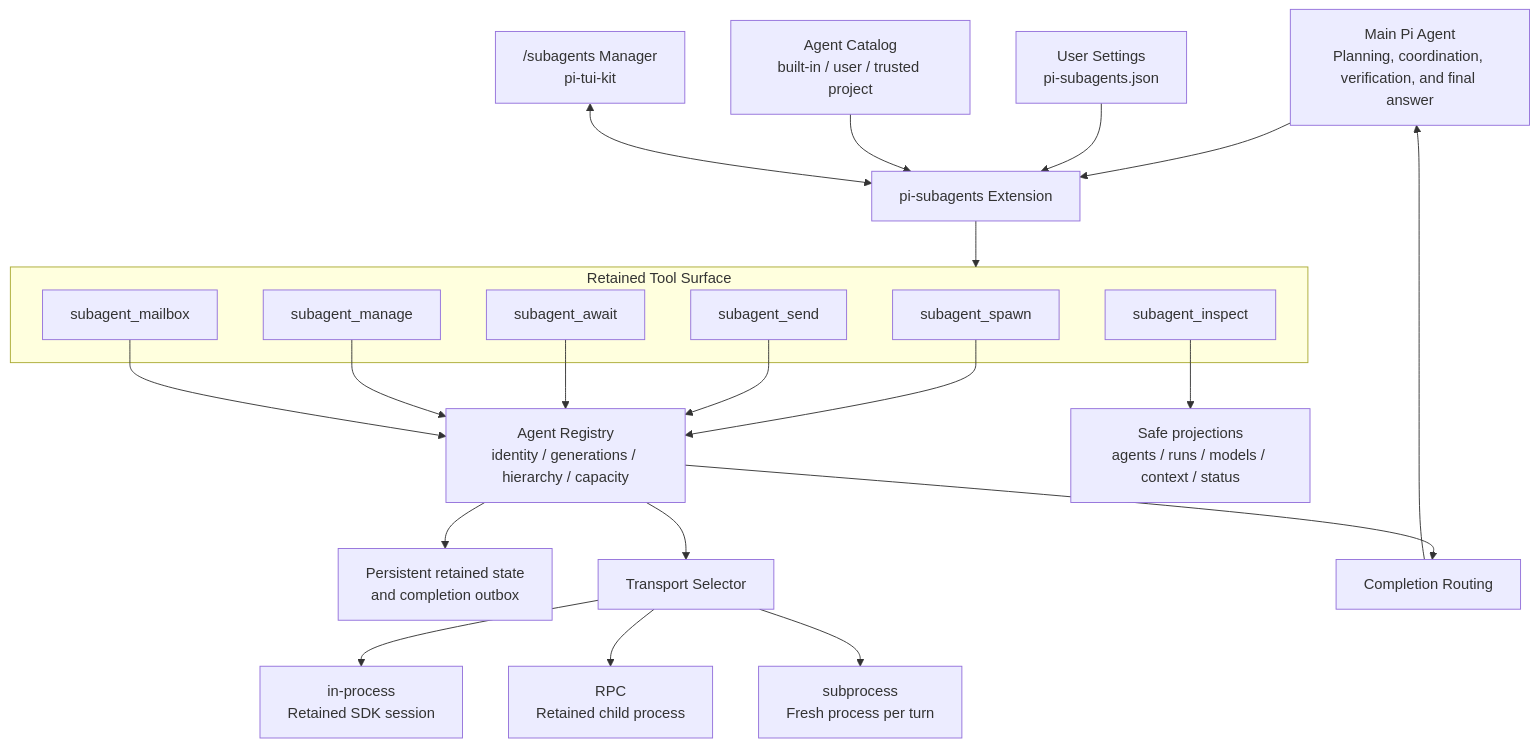
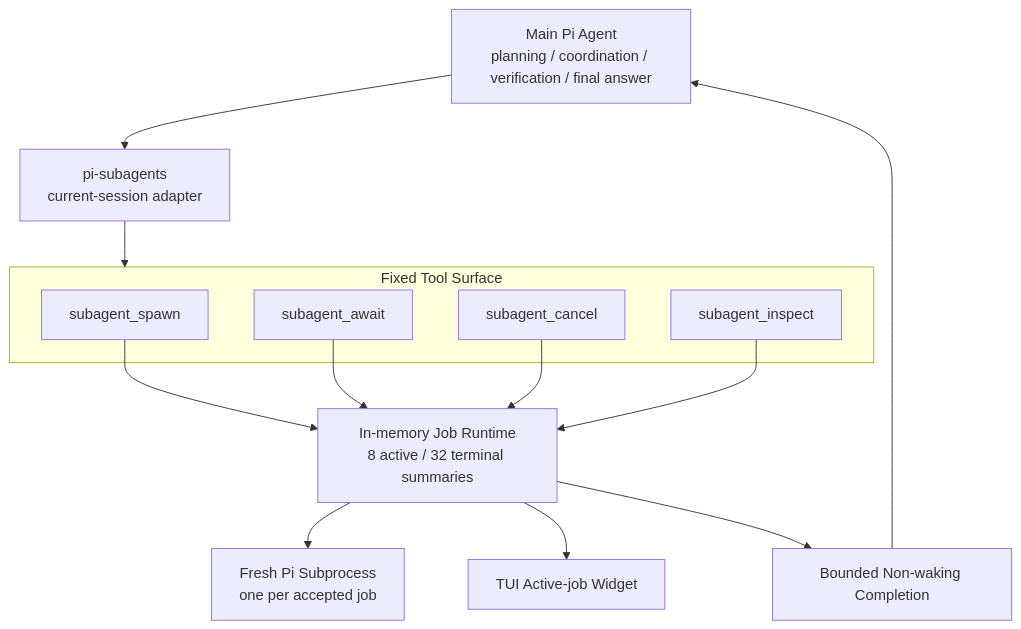
Before and after one commit to Ptilopsi4/pi-extensions: the first of 4 diagrams in packages/pi-subagents/docs/pi-subagents-diagrams.md, drawn with Mermaid. The commit also changed other lines of this file and 10 other files, not shown here.

Commit message:
docs(subagents): document bounded runtime migration

````diff
--- a/packages/pi-subagents/docs/pi-subagents-diagrams.md
+++ b/packages/pi-subagents/docs/pi-subagents-diagrams.md
@@ -7,39 +7,28 @@
 ```mermaid
 flowchart TB
-    Root["Main Pi Agent<br/>Planning, coordination, verification, and final answer"]
-    Extension["pi-subagents Extension"]
-    Settings["User Settings<br/>pi-subagents.json"]
-    Catalog["Agent Catalog<br/>built-in / user / trusted project"]
-    UI["/subagents Manager<br/>pi-tui-kit"]
+    Root["Main Pi Agent<br/>planning / coordination / verification / final answer"]
+    Extension["pi-subagents<br/>current-session adapter"]
 
-    Root --> Extension
-    Settings --> Extension
-    Catalog --> Extension
-    UI <--> Extension
-
-    subgraph Surface["Retained Tool Surface"]
+    subgraph Surface["Fixed Tool Surface"]
         Spawn["subagent_spawn"]
-        Send["subagent_send"]
         Await["subagent_await"]
-        Manage["subagent_manage"]
-        Mailbox["subagent_mailbox"]
+        Cancel["subagent_cancel"]
         Inspect["subagent_inspect"]
     end
 
+    Runtime["In-memory Job Runtime<br/>8 active / 32 terminal summaries"]
+    Process["Fresh Pi Subprocess<br/>one per accepted job"]
+    Widget["TUI Active-job Widget"]
+    Completion["Bounded Non-waking Completion"]
+
+    Root --> Extension
     Extension --> Surface
-    Spawn --> Registry["Agent Registry<br/>identity / generations / hierarchy / capacity"]
-    Send --> Registry
-    Await --> Registry
-    Manage --> Registry
-    Mailbox --> Registry
-    Inspect --> Snapshots["Safe projections<br/>agents / runs / models / context / status"]
-
-    Registry --> Persistence["Persistent retained state<br/>and completion outbox"]
-    Registry --> TransportSelector["Transport Selector"]
-    Registry --> Delivery["Completion Routing"]
-    Delivery --> Root
-
-    TransportSelector --> InProcess["in-process<br/>Retained SDK session"]
-    TransportSelector --> RPC["RPC<br/>Retained child process"]
-    TransportSelector --> Subprocess["subprocess<br/>Fresh process per turn"]
+    Spawn --> Runtime
+    Await --> Runtime
+    Cancel --> Runtime
+    Inspect --> Runtime
+    Runtime --> Process
+    Runtime --> Widget
+    Runtime --> Completion
+    Completion --> Root
 ```
````
